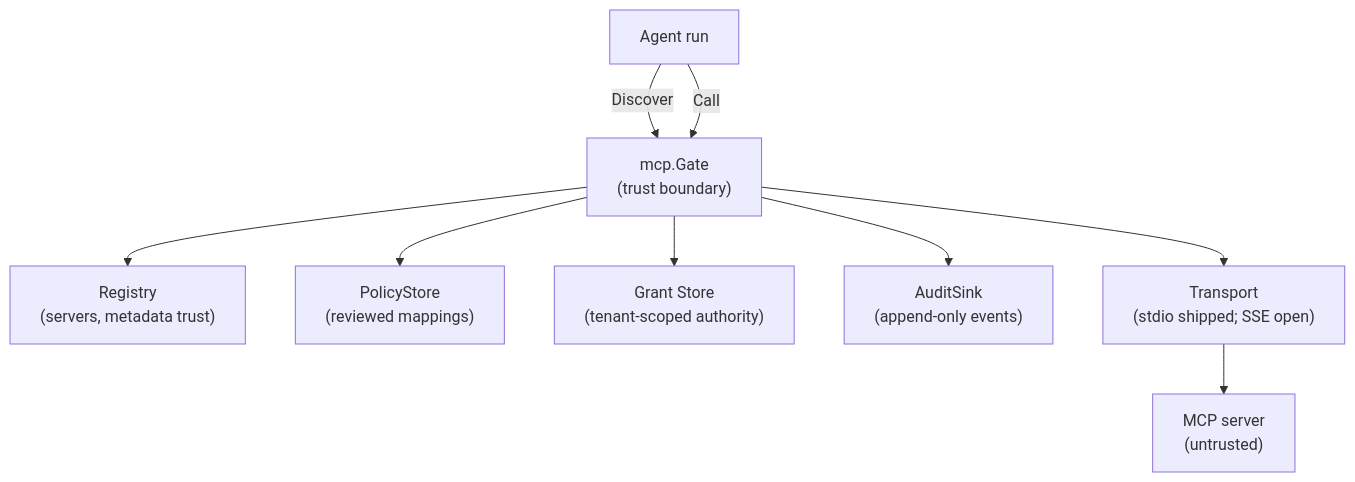
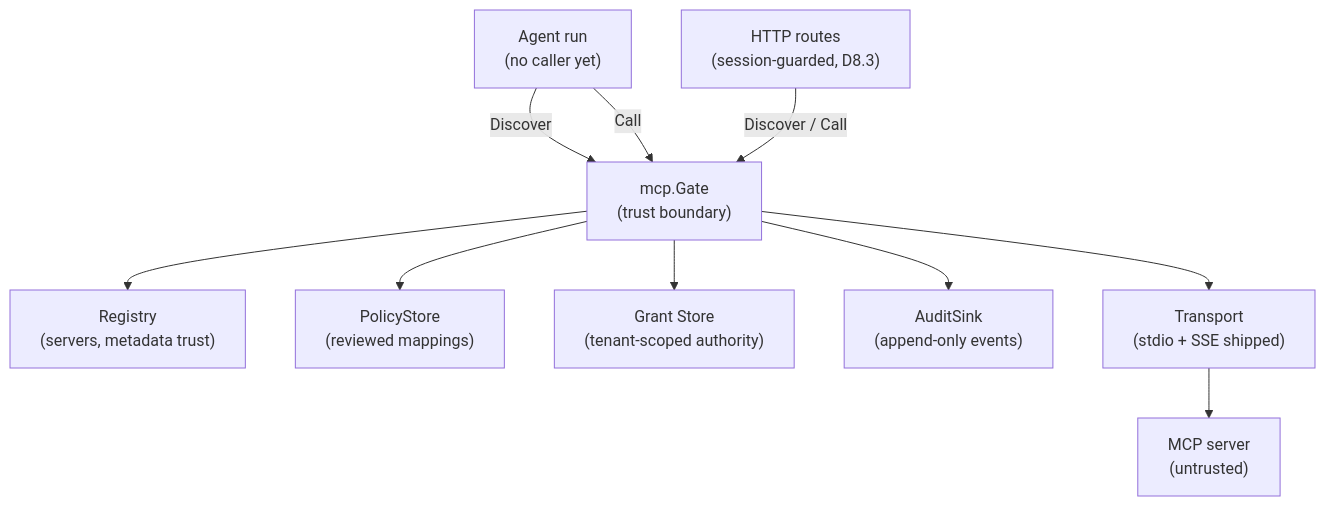
One commit to mehranjanati/v2-vibe changed the diagram in docs/architecture/mcp-trust-slice.md. Above: the diagram before and after it, drawn with Mermaid. The commit also changed other lines of this file and 71 other files, not shown here.

````diff
--- a/docs/architecture/mcp-trust-slice.md
+++ b/docs/architecture/mcp-trust-slice.md
@@ -67,19 +73,21 @@
 ```mermaid
 flowchart TB
-    AG["Agent run"]
+    HTTP["HTTP routes<br/>(session-guarded, D8.3)"]
+    AG["Agent run<br/>(no caller yet)"]
     GATE["mcp.Gate<br/>(trust boundary)"]
     REG["Registry<br/>(servers, metadata trust)"]
     POL["PolicyStore<br/>(reviewed mappings)"]
     GR["Grant Store<br/>(tenant-scoped authority)"]
     AUD["AuditSink<br/>(append-only events)"]
-    TR["Transport<br/>(stdio shipped; SSE open)"]
+    TR["Transport<br/>(stdio + SSE shipped)"]
     SRV["MCP server<br/>(untrusted)"]
     AG -->|Discover| GATE
     AG -->|Call| GATE
+    HTTP -->|Discover / Call| GATE
     GATE --> REG
     GATE --> POL
     GATE --> GR
     GATE --> AUD
     GATE --> TR
     TR --> SRV
 ```
````
